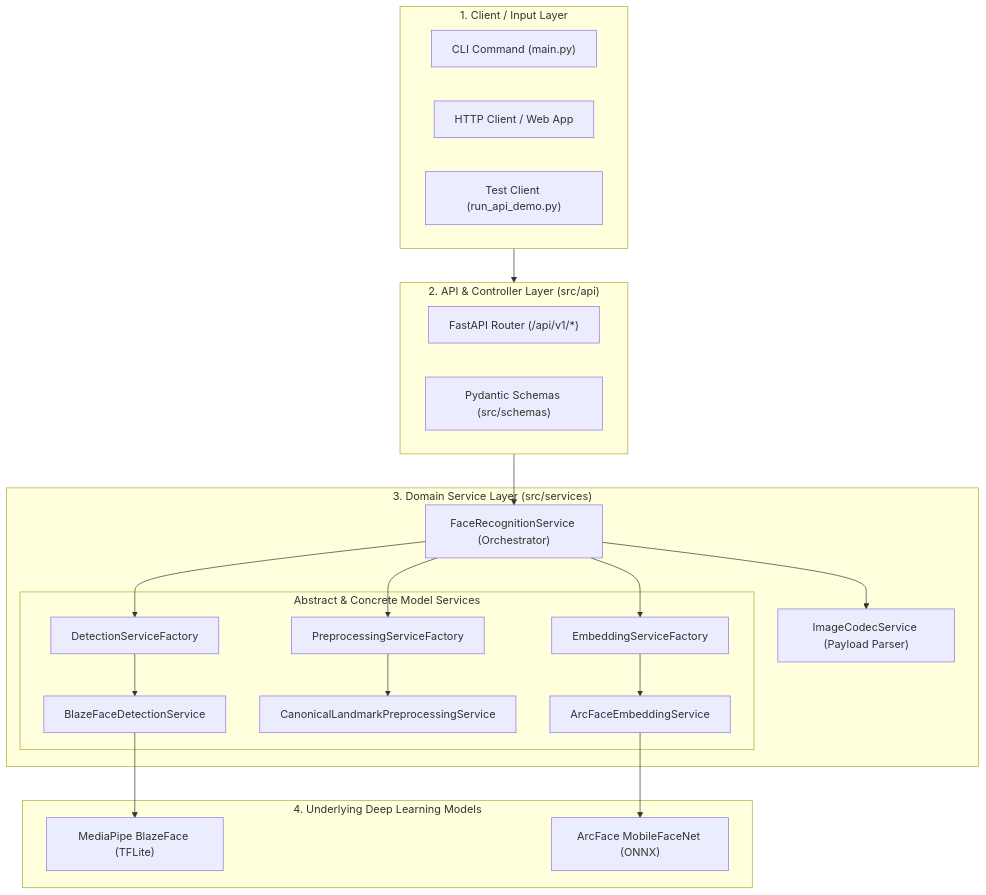
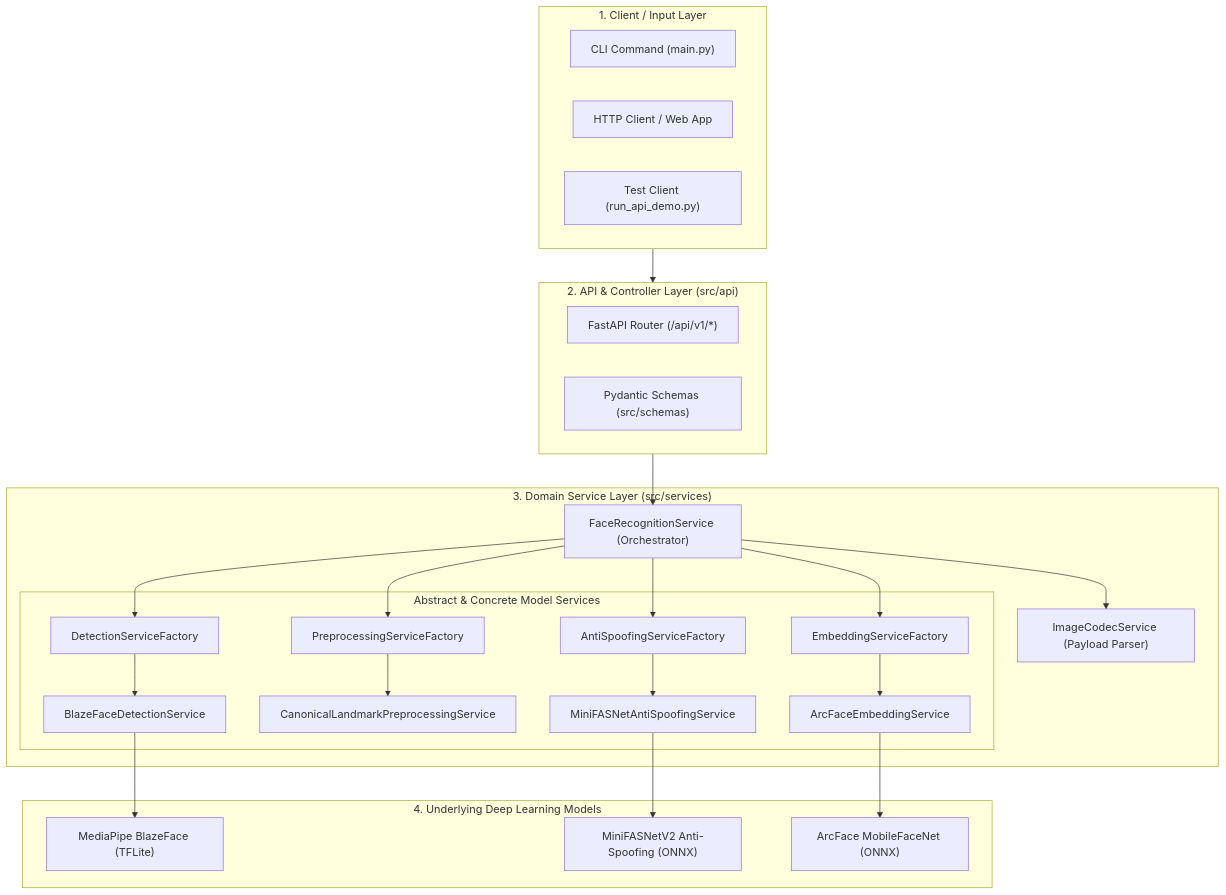
One commit to NVKQ2022/MVP changed the diagram in AI/FaceAuthentication/Recognition/docs/ARCHITECTURE.md. Above: the diagram before and after it, drawn with Mermaid. The commit also changed other lines of this file and 2 other files, not shown here.

Commit message:
docs(fas): update architecture, API reference, and README with anti-spoofing pipeline

````diff
--- a/AI/FaceAuthentication/Recognition/docs/ARCHITECTURE.md
+++ b/AI/FaceAuthentication/Recognition/docs/ARCHITECTURE.md
@@ -11,38 +11,42 @@
 ```mermaid
 flowchart TD
     subgraph ClientLayer ["1. Client / Input Layer"]
         CLI["CLI Command (main.py)"]
         HTTP["HTTP Client / Web App"]
         Tests["Test Client (run_api_demo.py)"]
     end
 
     subgraph APILayer ["2. API & Controller Layer (src/api)"]
         Router["FastAPI Router (/api/v1/*)"]
         DTOs["Pydantic Schemas (src/schemas)"]
     end
 
     subgraph ServiceLayer ["3. Domain Service Layer (src/services)"]
         Orchestrator["FaceRecognitionService (Orchestrator)"]
         Codec["ImageCodecService (Payload Parser)"]
         
         subgraph SubServices ["Abstract & Concrete Model Services"]
             DetFactory["DetectionServiceFactory"] --> DetService["BlazeFaceDetectionService"]
             PrepFactory["PreprocessingServiceFactory"] --> PrepService["CanonicalLandmarkPreprocessingService"]
+            AntiSpoofFactory["AntiSpoofingServiceFactory"] --> FASService["MiniFASNetAntiSpoofingService"]
             EmbFactory["EmbeddingServiceFactory"] --> EmbService["ArcFaceEmbeddingService"]
         end
     end
 
     subgraph CoreModels ["4. Underlying Deep Learning Models"]
         BlazeFace["MediaPipe BlazeFace (TFLite)"]
+        MiniFASNet["MiniFASNetV2 Anti-Spoofing (ONNX)"]
         ArcFace["ArcFace MobileFaceNet (ONNX)"]
     end
 
     ClientLayer --> APILayer
     APILayer --> Orchestrator
     Orchestrator --> Codec
     Orchestrator --> DetFactory
     Orchestrator --> PrepFactory
+    Orchestrator --> AntiSpoofFactory
     Orchestrator --> EmbFactory
     DetService --> BlazeFace
+    FASService --> MiniFASNet
     EmbService --> ArcFace
 ```
````
